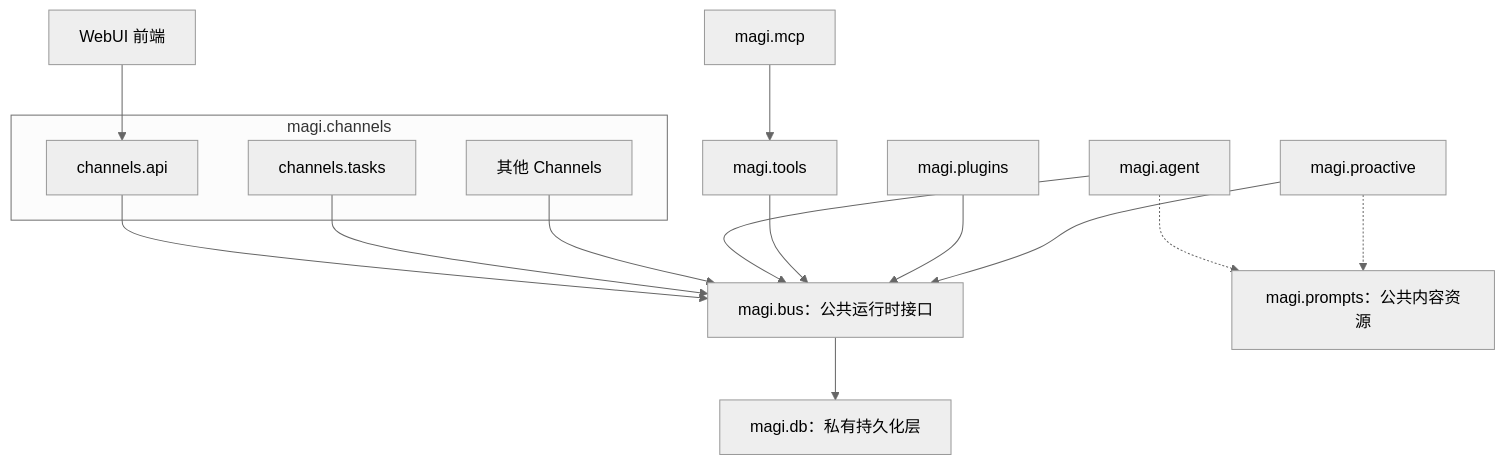
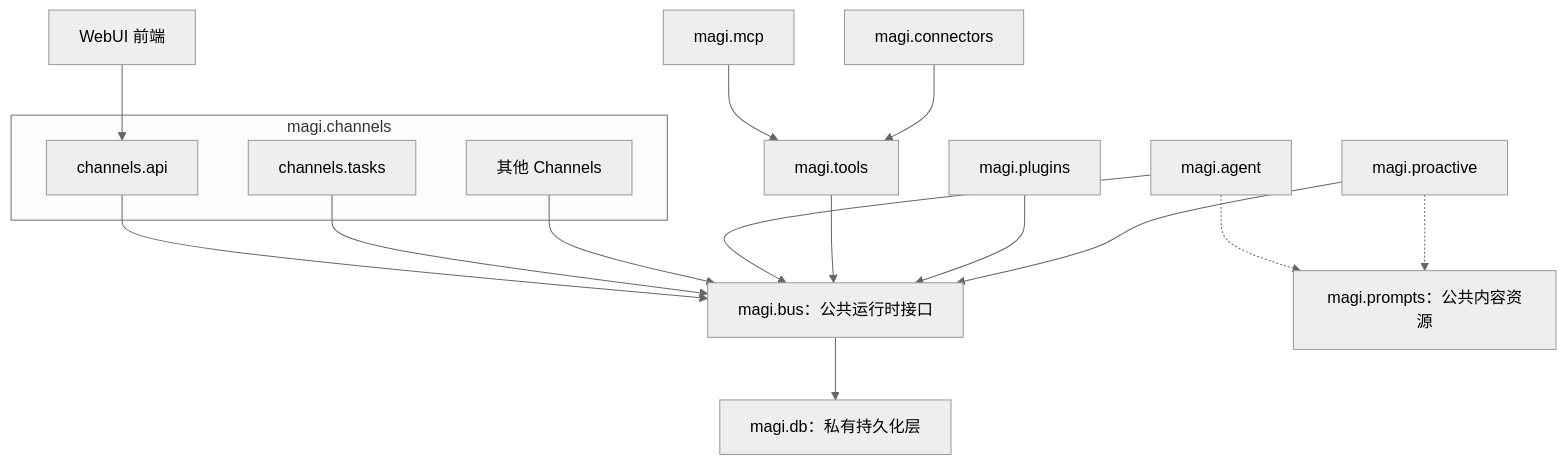
The first of 6 diagrams in docs/MAGI_MODULE_RESPONSIBILITIES_AND_DEPENDENCIES.md (realTaki/MAGI), drawn with Mermaid (neutral theme) before and after one commit. The commit also changed other lines of this file and 2 other files, not shown here.

````diff
--- a/docs/MAGI_MODULE_RESPONSIBILITIES_AND_DEPENDENCIES.md
+++ b/docs/MAGI_MODULE_RESPONSIBILITIES_AND_DEPENDENCIES.md
@@ -32,35 +34,37 @@
 ```mermaid
 flowchart TD
     WEB["WebUI 前端"]
     PRO["magi.proactive"]
     MCP["magi.mcp"]
+    CONNECTORS["magi.connectors"]
     PLUGINS["magi.plugins"]
     AGENT["magi.agent"]
     TOOLS["magi.tools"]
 
     subgraph CHANNELS["magi.channels"]
         API["channels.api"]
         TASKS["channels.tasks"]
         OTHER["其他 Channels"]
     end
 
     BUS["magi.bus：公共运行时接口"]
     PROMPTS["magi.prompts：公共内容资源"]
     DB["magi.db：私有持久化层"]
 
     WEB --> API
     MCP --> TOOLS
+    CONNECTORS --> TOOLS
 
     API --> BUS
     TASKS --> BUS
     OTHER --> BUS
     AGENT --> BUS
     TOOLS --> BUS
     PLUGINS --> BUS
     PRO --> BUS
 
     BUS --> DB
 
     AGENT -.-> PROMPTS
     PRO -.-> PROMPTS
 ```
````
